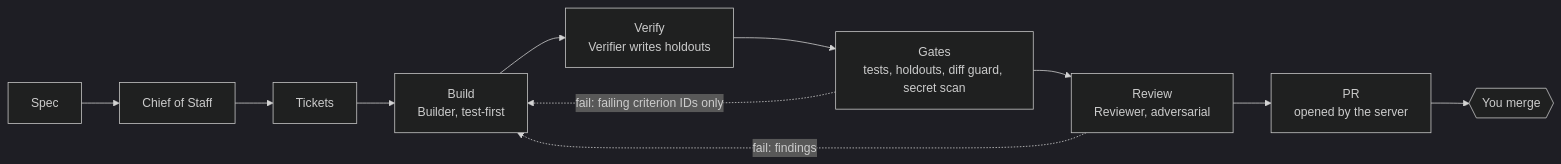
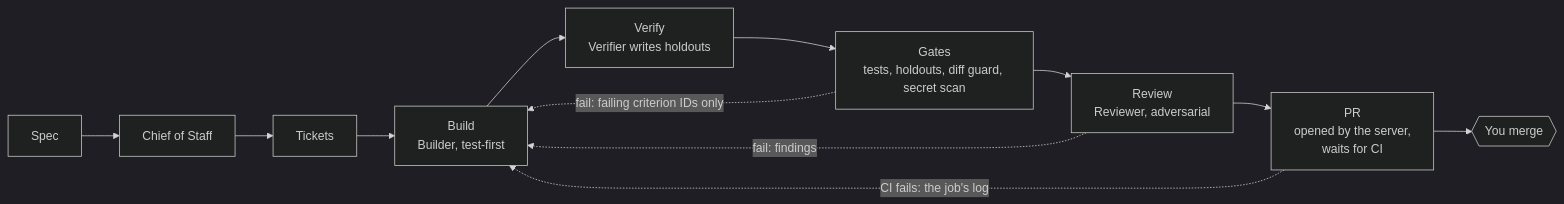
One commit to pfrocha06/temper changed the diagram in README.md. Above: the diagram before and after it, drawn with Mermaid (dark theme). The commit also changed other lines of this file and 13 other files, not shown here.

````diff
--- a/README.md
+++ b/README.md
@@ -67,12 +67,13 @@
 ```mermaid
 flowchart LR
   spec[Spec] --> chief[Chief of Staff] --> tickets[Tickets]
   tickets --> build["Build<br/>Builder, test-first"]
   build --> verify["Verify<br/>Verifier writes holdouts"]
   verify --> gates["Gates<br/>tests, holdouts, diff guard, secret scan"]
   gates --> review["Review<br/>Reviewer, adversarial"]
-  review --> pr["PR<br/>opened by the server"]
+  review --> pr["PR<br/>opened by the server,<br/>waits for CI"]
   pr --> board{{"You merge"}}
   gates -.->|"fail: failing criterion IDs only"| build
   review -.->|"fail: findings"| build
+  pr -.->|"CI fails: the job's log"| build
 ```
````
